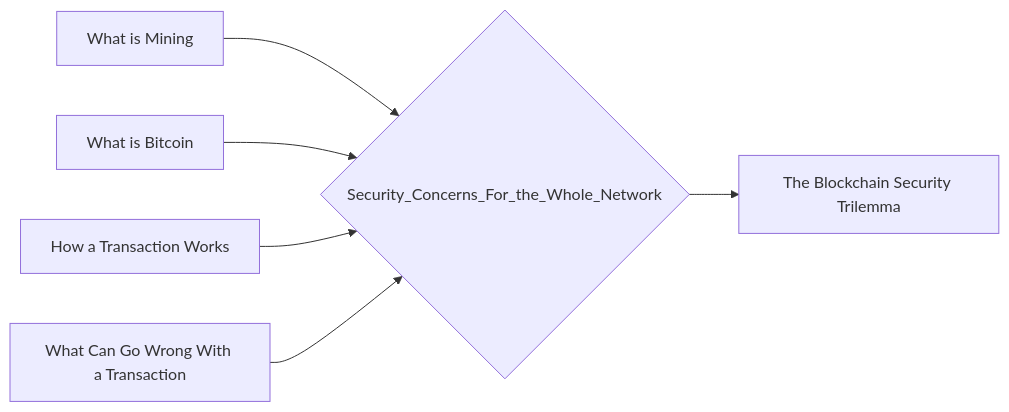
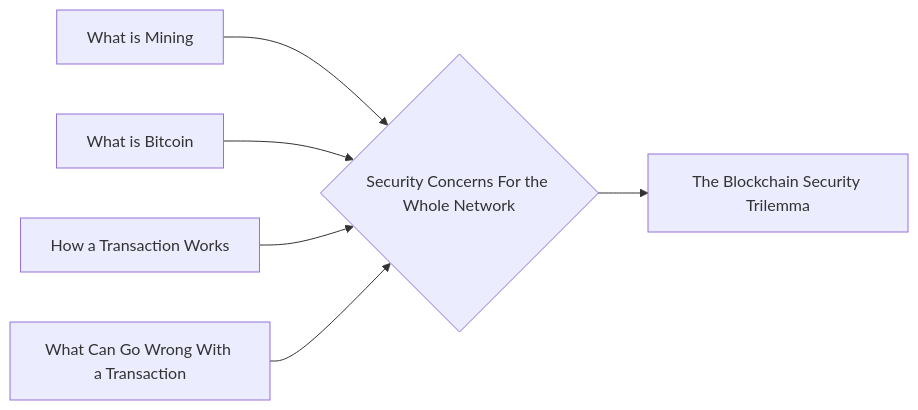
The diagram in notes/Security_Concerns_For_the_Whole_Network.md (lpurdy01/crypto-knowledge-map), drawn with Mermaid before and after one commit. The commit also changed 58 other files, not shown here.

````diff
--- a/notes/Security_Concerns_For_the_Whole_Network.md
+++ b/notes/Security_Concerns_For_the_Whole_Network.md
@@ -15,8 +15,8 @@
 ```mermaid
 graph LR
-1["What is Mining"]-->0{"Security_Concerns_For_the_Whole_Network"}
-2["What is Bitcoin"]-->0{"Security_Concerns_For_the_Whole_Network"}
-3["How a Transaction Works"]-->0{"Security_Concerns_For_the_Whole_Network"}
-4["What Can Go Wrong With a Transaction"]-->0{"Security_Concerns_For_the_Whole_Network"}
-0{"Security_Concerns_For_the_Whole_Network"}-->5["The Blockchain Security Trilemma"]
+1["What is Mining"]-->0{"Security Concerns For the Whole Network"}
+2["What is Bitcoin"]-->0{"Security Concerns For the Whole Network"}
+3["How a Transaction Works"]-->0{"Security Concerns For the Whole Network"}
+4["What Can Go Wrong With a Transaction"]-->0{"Security Concerns For the Whole Network"}
+0{"Security Concerns For the Whole Network"}-->5["The Blockchain Security Trilemma"]
 ```
````
